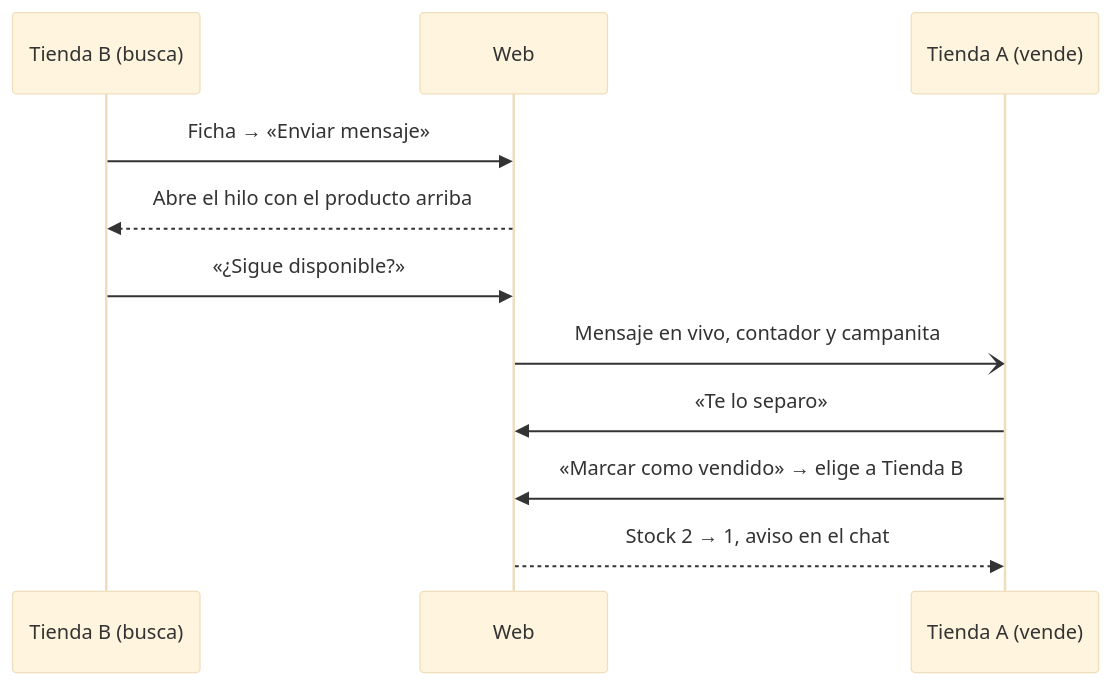
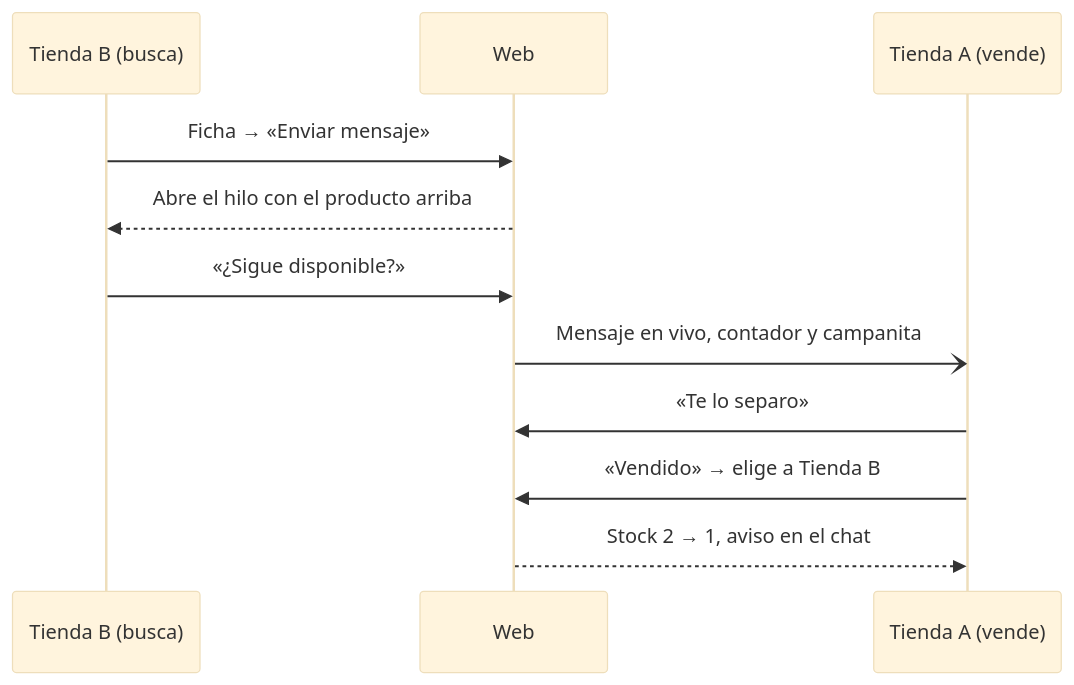
Before and after one commit to DazzleEaglePe/pase-libre: the third of 3 diagrams in docs/09-ux-y-flujos.md, drawn with Mermaid (base theme). The commit also changed other lines of this file and 25 other files, not shown here.

````diff
--- a/docs/09-ux-y-flujos.md
+++ b/docs/09-ux-y-flujos.md
@@ -107,13 +109,13 @@
 ```mermaid
 sequenceDiagram
   participant B as Tienda B (busca)
   participant W as Web
   participant A as Tienda A (vende)
   B->>W: Ficha → «Enviar mensaje»
   W-->>B: Abre el hilo con el producto arriba
   B->>W: «¿Sigue disponible?»
   W-)A: Mensaje en vivo, contador y campanita
   A->>W: «Te lo separo»
-  A->>W: «Marcar como vendido» → elige a Tienda B
+  A->>W: «Vendido» → elige a Tienda B
   W-->>A: Stock 2 → 1, aviso en el chat
 ```
````
